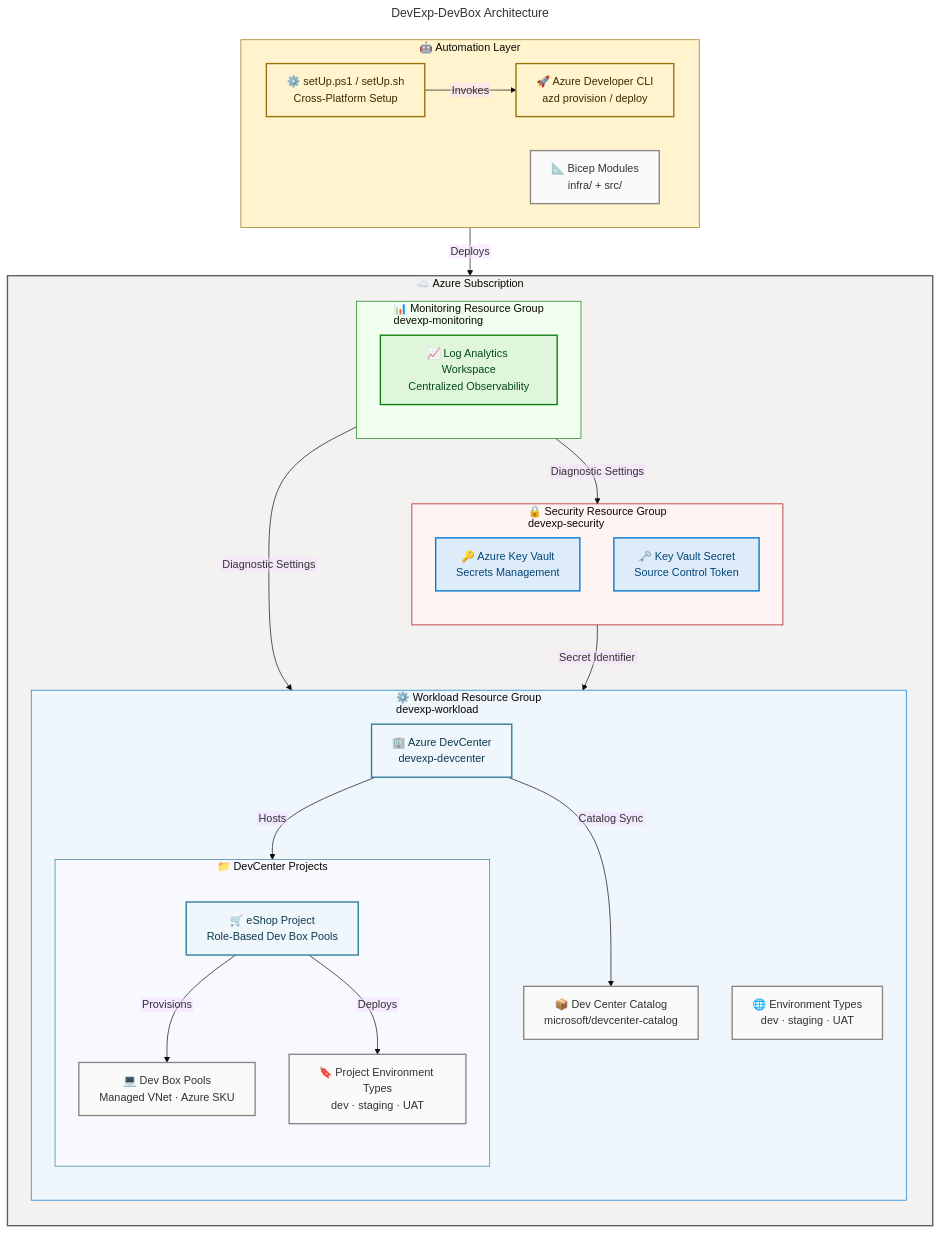
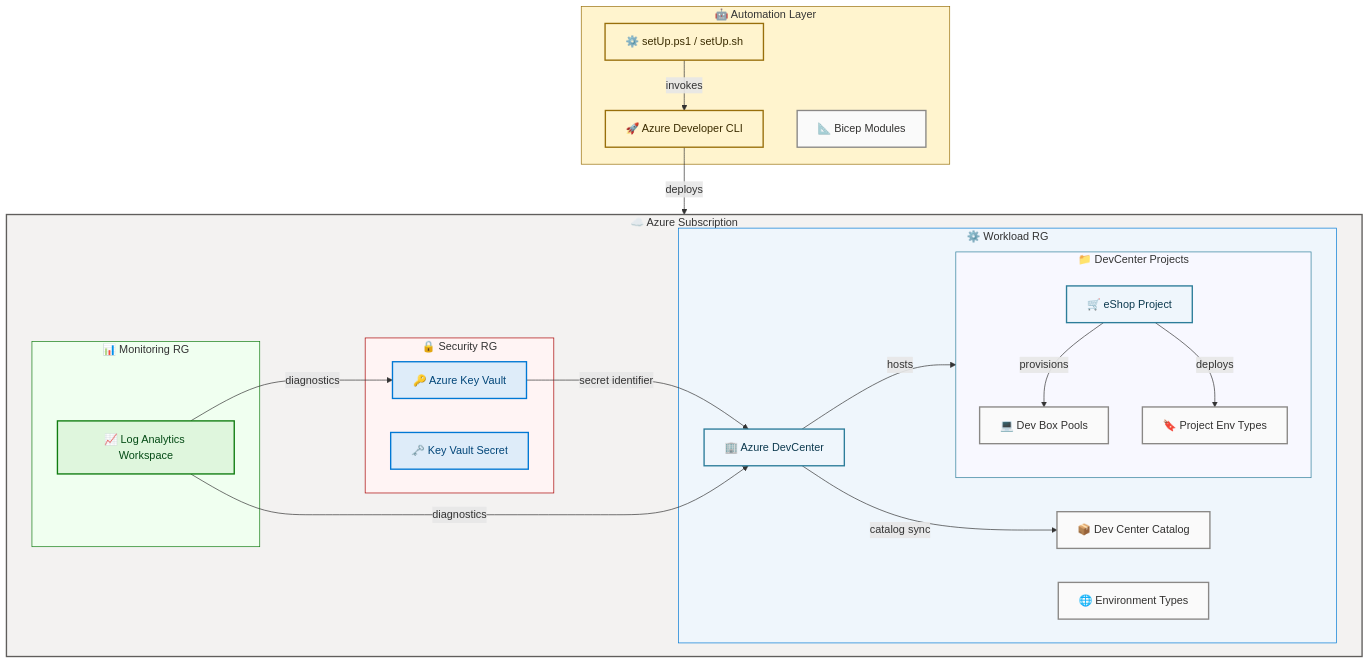
One commit to Evilazaro/DevExp-DevBox changed the diagram in README.md. Above: the diagram before and after it, drawn with Mermaid.

Commit message:
docs: refine architecture diagram in README.md for clarity and consistency

````diff
--- a/README.md
+++ b/README.md
@@ -78,82 +78,50 @@
 ```mermaid
----
-title: "DevExp-DevBox Architecture"
-config:
-  theme: base
-  look: classic
-  layout: dagre
-  themeVariables:
-    fontSize: '16px'
-  flowchart:
-    htmlLabels: false
----
 flowchart TD
-    accTitle: DevExp-DevBox Landing Zone Architecture
-    accDescr: Azure Landing Zone architecture showing the relationship between Security, Monitoring, and Workload resource groups, and their constituent resources including Key Vault, Log Analytics, DevCenter, and Projects with Dev Box Pools
-
-    %% ═══════════════════════════════════════════════════════════════════════════
-    %% AZURE / FLUENT ARCHITECTURE PATTERN v1.1
-    %% (Semantic + Structural + Font + Accessibility Governance)
-    %% ═══════════════════════════════════════════════════════════════════════════
-    %% PHASE 1 - STRUCTURAL: Direction explicit, flat topology, nesting ≤ 3
-    %% PHASE 2 - SEMANTIC: Colors justified, max 5 semantic classes, neutral-first
-    %% PHASE 3 - FONT: Dark text on light backgrounds, contrast ≥ 4.5:1
-    %% PHASE 4 - ACCESSIBILITY: accTitle/accDescr present, icons on all nodes
-    %% PHASE 5 - STANDARD: Governance block present, classDefs centralized
-    %% ═══════════════════════════════════════════════════════════════════════════
-
     classDef neutral fill:#FAFAFA,stroke:#8A8886,stroke-width:2px,color:#323130
     classDef azureBlue fill:#DEECF9,stroke:#0078D4,stroke-width:2px,color:#004578
     classDef azureGreen fill:#DFF6DD,stroke:#107C10,stroke-width:2px,color:#054B16
     classDef warning fill:#FFF4CE,stroke:#986F0B,stroke-width:2px,color:#3B2C00
     classDef azureTeal fill:#EFF6FC,stroke:#2D7D9A,stroke-width:2px,color:#0D3A4F
 
+    subgraph automation["🤖 Automation Layer"]
+        SETUP["⚙️ setUp.ps1 / setUp.sh"]:::warning
+        AZD["🚀 Azure Developer CLI"]:::warning
+        BICEP["📐 Bicep Modules"]:::neutral
+    end
+
     subgraph subscription["☁️ Azure Subscription"]
-        direction TD
-
-        subgraph security["🔒 Security Resource Group\ndevexp-security"]
-            direction TB
-            KV["🔑 Azure Key Vault\nSecrets Management"]:::azureBlue
-            SECRET["🗝️ Key Vault Secret\nSource Control Token"]:::azureBlue
+        subgraph security["🔒 Security RG"]
+            KV["🔑 Azure Key Vault"]:::azureBlue
+            SECRET["🗝️ Key Vault Secret"]:::azureBlue
         end
 
-        subgraph monitoring["📊 Monitoring Resource Group\ndevexp-monitoring"]
-            direction TB
-            LAW["📈 Log Analytics Workspace\nCentralized Observability"]:::azureGreen
+        subgraph monitoring["📊 Monitoring RG"]
+            LAW["📈 Log Analytics Workspace"]:::azureGreen
         end
 
-        subgraph workload["⚙️ Workload Resource Group\ndevexp-workload"]
-            direction TB
-            DC["🏢 Azure DevCenter\ndevexp-devcenter"]:::azureTeal
-            CAT["📦 Dev Center Catalog\nmicrosoft/devcenter-catalog"]:::neutral
-            ENV["🌐 Environment Types\ndev · staging · UAT"]:::neutral
+        subgraph workload["⚙️ Workload RG"]
+            DC["🏢 Azure DevCenter"]:::azureTeal
+            CAT["📦 Dev Center Catalog"]:::neutral
+            ENV["🌐 Environment Types"]:::neutral
 
             subgraph projects["📁 DevCenter Projects"]
-                direction TB
-                PROJ["🛒 eShop Project\nRole-Based Dev Box Pools"]:::azureTeal
-                POOL["💻 Dev Box Pools\nManaged VNet · Azure SKU"]:::neutral
-                PROJEN["🔖 Project Environment Types\ndev · staging · UAT"]:::neutral
+                PROJ["🛒 eShop Project"]:::azureTeal
+                POOL["💻 Dev Box Pools"]:::neutral
+                PROJEN["🔖 Project Env Types"]:::neutral
             end
         end
 
-        KV -->|"Secret Identifier"| DC
-        LAW -->|"Diagnostic Settings"| DC
-        LAW -->|"Diagnostic Settings"| KV
-        DC -->|"Catalog Sync"| CAT
-        DC -->|"Hosts"| projects
-        PROJ -->|"Provisions"| POOL
-        PROJ -->|"Deploys"| PROJEN
+        KV -->|"secret identifier"| DC
+        LAW -->|"diagnostics"| DC
+        LAW -->|"diagnostics"| KV
+        DC -->|"catalog sync"| CAT
+        DC -->|"hosts"| projects
+        PROJ -->|"provisions"| POOL
+        PROJ -->|"deploys"| PROJEN
     end
 
-    subgraph automation["🤖 Automation Layer"]
-        direction LR
-        SETUP["⚙️ setUp.ps1 / setUp.sh\nCross-Platform Setup"]:::warning
-        AZD["🚀 Azure Developer CLI\nazd provision / deploy"]:::warning
-        BICEP["📐 Bicep Modules\ninfra/ + src/"]:::neutral
-    end
-
-    SETUP -->|"Invokes"| AZD
-    AZD -->|"Deploys"| subscription
+    SETUP -->|"invokes"| AZD
+    AZD -->|"deploys"| subscription
 
     style subscription fill:#F3F2F1,stroke:#605E5C,stroke-width:2px
     style security fill:#FFF4F4,stroke:#A80000,stroke-width:1px
````
